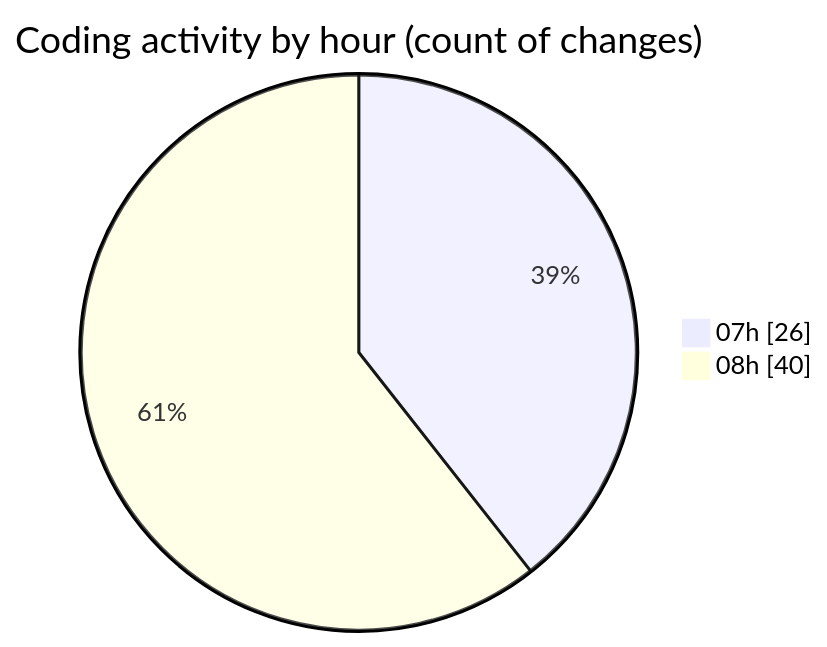
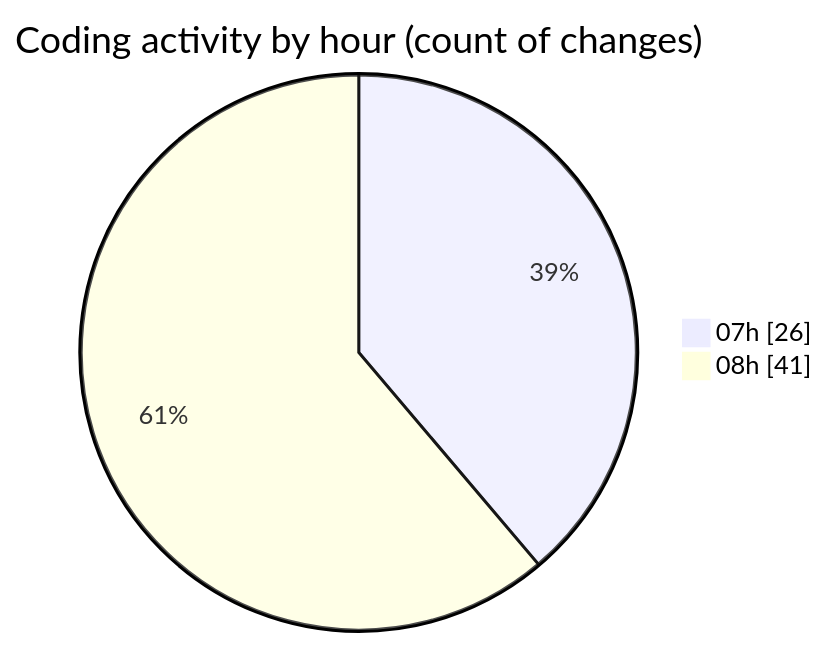
One commit to vahidmafi/code-tracking changed the second of 2 diagrams in 2025-10-04/shop/README.md. Above: the diagram before and after it, drawn with Mermaid. The commit also changed other lines of this file and 1 other file, not shown here.

````diff
--- a/2025-10-04/shop/README.md
+++ b/2025-10-04/shop/README.md
@@ -49,6 +49,6 @@
 ```mermaid
 pie showData
 title Coding activity by hour (count of changes)
 "07h" : 26
-"08h" : 40
+"08h" : 41
 ```
````
